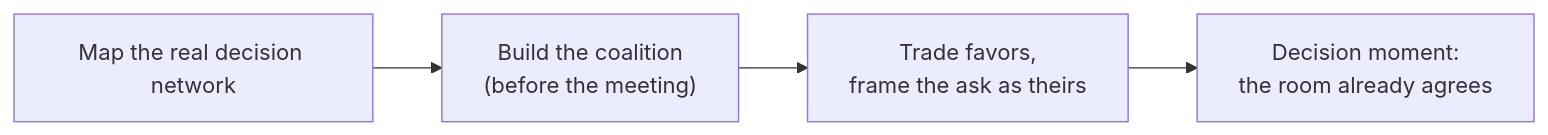
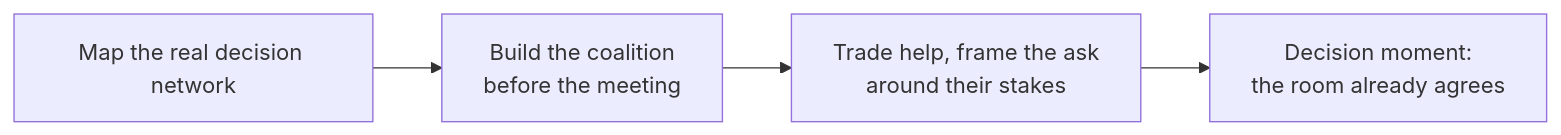
The diagram in src/content/business-communication/informal-authority/L1-summary.mdx (francoandreDev/knowledge), drawn with Mermaid before and after one commit. The commit also changed other lines of this file and 3 other files, not shown here.

````diff
--- a/src/content/business-communication/informal-authority/L1-summary.mdx
+++ b/src/content/business-communication/informal-authority/L1-summary.mdx
@@ -83,6 +136,6 @@
 ```mermaid
 flowchart LR
-    A["Map the real decision network"] --> B["Build the coalition\n(before the meeting)"]
-    B --> C["Trade favors,\nframe the ask as theirs"]
-    C --> D["Decision moment:\nthe room already agrees"]
+    A["Map the real decision network"] --> B["Build the coalition<br/>before the meeting"]
+    B --> C["Trade help, frame the ask<br/>around their stakes"]
+    C --> D["Decision moment:<br/>the room already agrees"]
 ```
````
